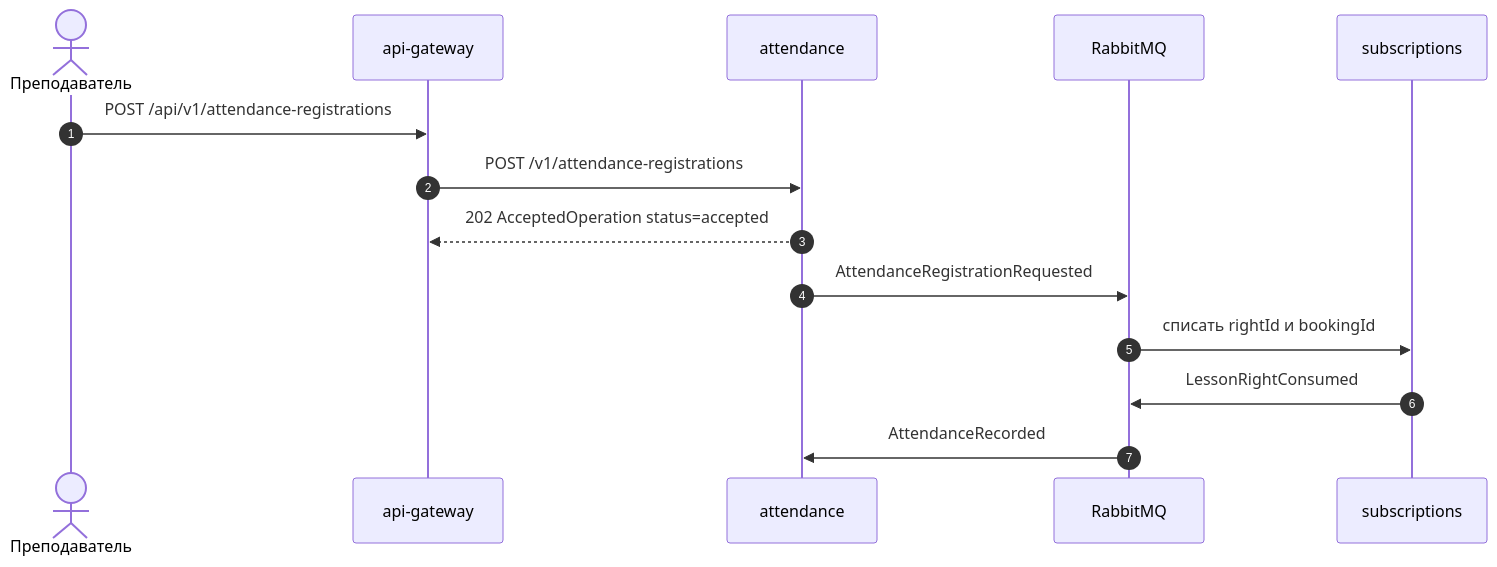
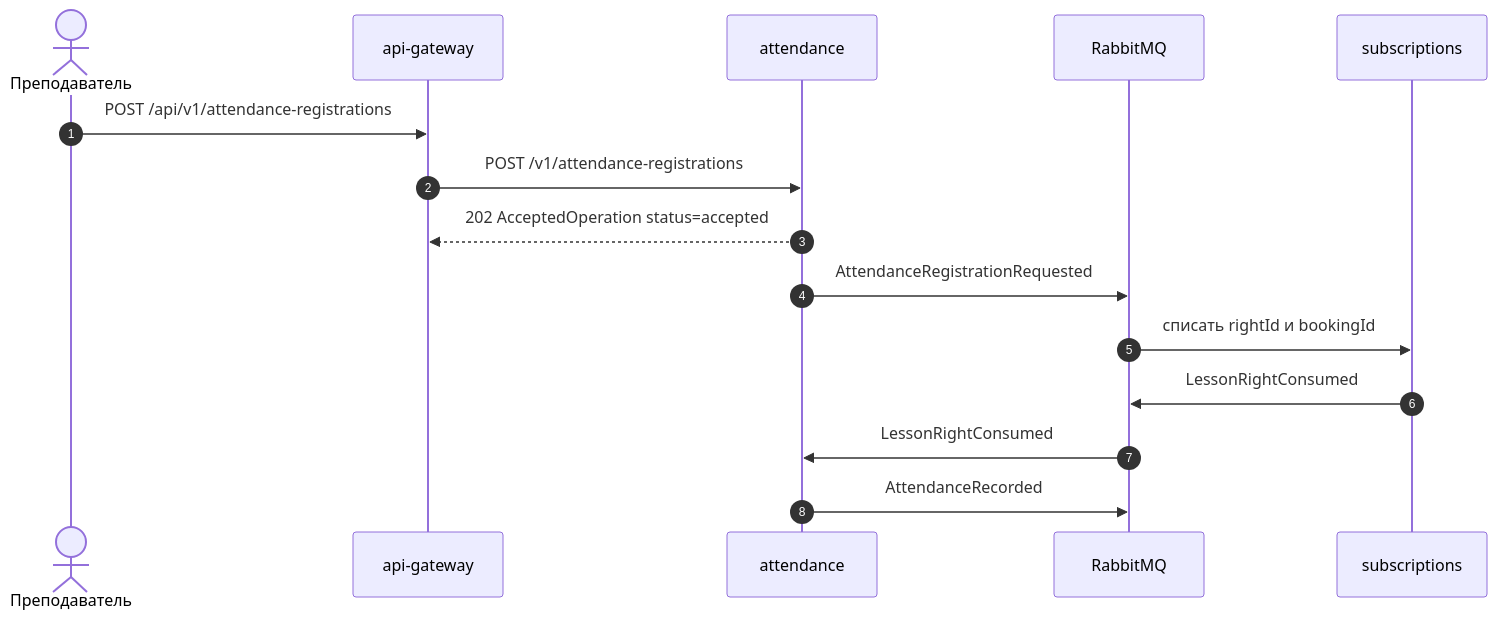
One commit to lostsky25/LessonPlus changed the second of 7 diagrams in docs/architecture/interactions.md. Above: the diagram before and after it, drawn with Mermaid. The commit also changed other lines of this file and 44 other files, not shown here.

First line of the commit message:
fix: isolate service environments and verify schema readiness

````diff
--- a/docs/architecture/interactions.md
+++ b/docs/architecture/interactions.md
@@ -166,17 +166,18 @@
 ```mermaid
 sequenceDiagram
   autonumber
   actor Teacher as Преподаватель
   participant Gw as api-gateway
   participant Att as attendance
   participant Mq as RabbitMQ
   participant Sub as subscriptions
 
   Teacher->>Gw: POST /api/v1/attendance-registrations
   Gw->>Att: POST /v1/attendance-registrations
   Att-->>Gw: 202 AcceptedOperation status=accepted
   Att->>Mq: AttendanceRegistrationRequested
   Mq->>Sub: списать rightId и bookingId
   Sub->>Mq: LessonRightConsumed
-  Mq->>Att: AttendanceRecorded
+  Mq->>Att: LessonRightConsumed
+  Att->>Mq: AttendanceRecorded
 ```
````
